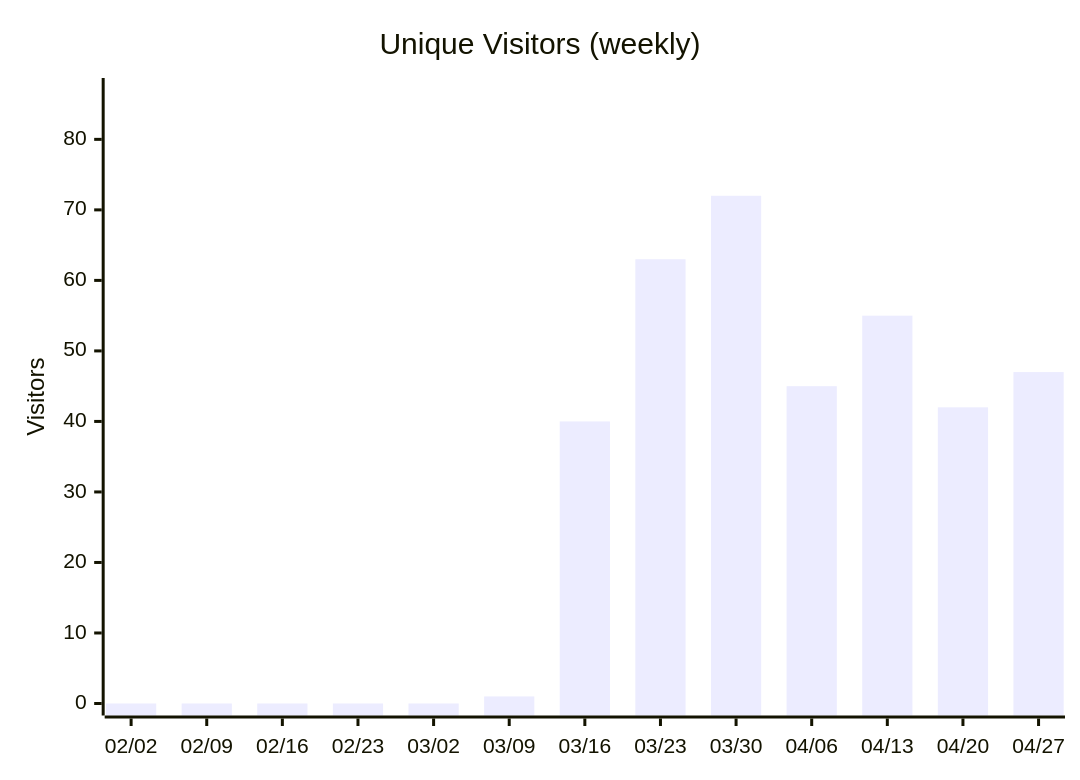
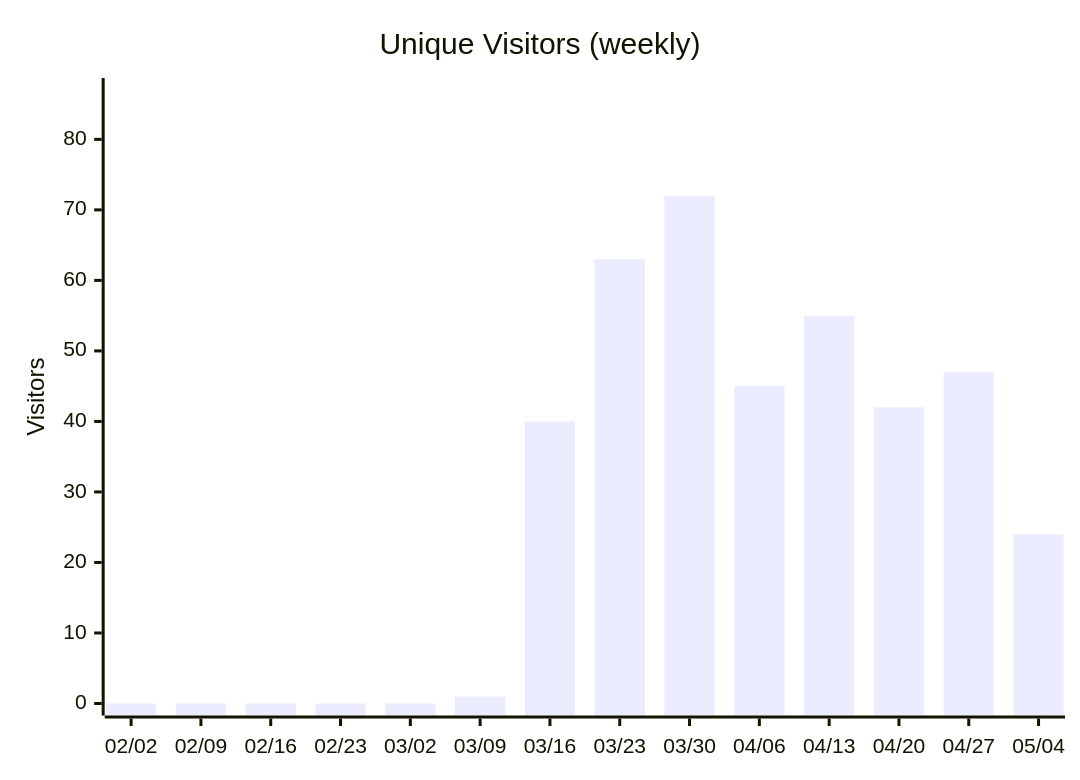
Diagram 13 of 14 in docs/metrics.md (nablarch/nabledge-dev), drawn with Mermaid before and after one commit. The commit also changed other lines of this file and 2 other files, not shown here.

````diff
--- a/docs/metrics.md
+++ b/docs/metrics.md
@@ -169,7 +169,7 @@
 ```mermaid
 xychart-beta
   title "Unique Visitors (weekly)"
-  x-axis ["02/02", "02/09", "02/16", "02/23", "03/02", "03/09", "03/16", "03/23", "03/30", "04/06", "04/13", "04/20", "04/27"]
+  x-axis ["02/02", "02/09", "02/16", "02/23", "03/02", "03/09", "03/16", "03/23", "03/30", "04/06", "04/13", "04/20", "04/27", "05/04"]
   y-axis "Visitors" 0 --> 87
-  bar [0, 0, 0, 0, 0, 1, 40, 63, 72, 45, 55, 42, 47]
+  bar [0, 0, 0, 0, 0, 1, 40, 63, 72, 45, 55, 42, 47, 24]
 ```
````
